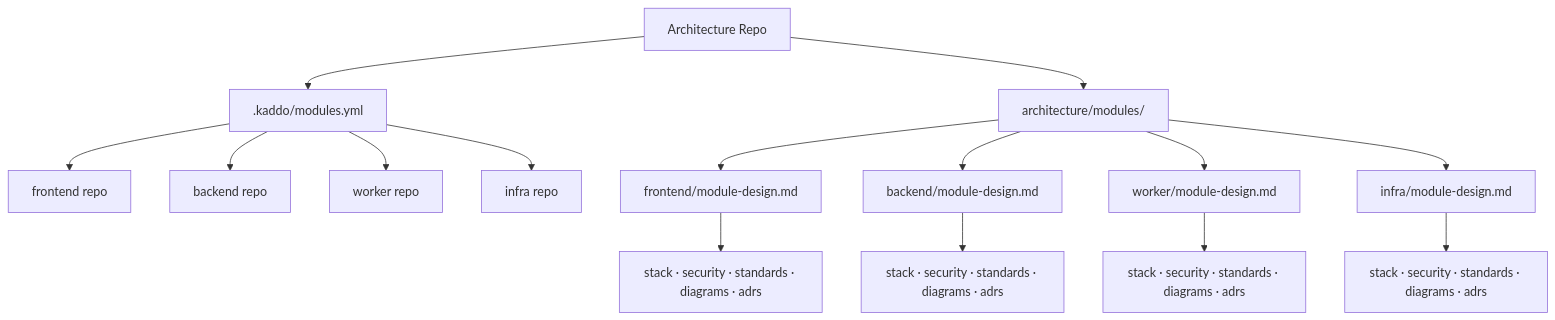
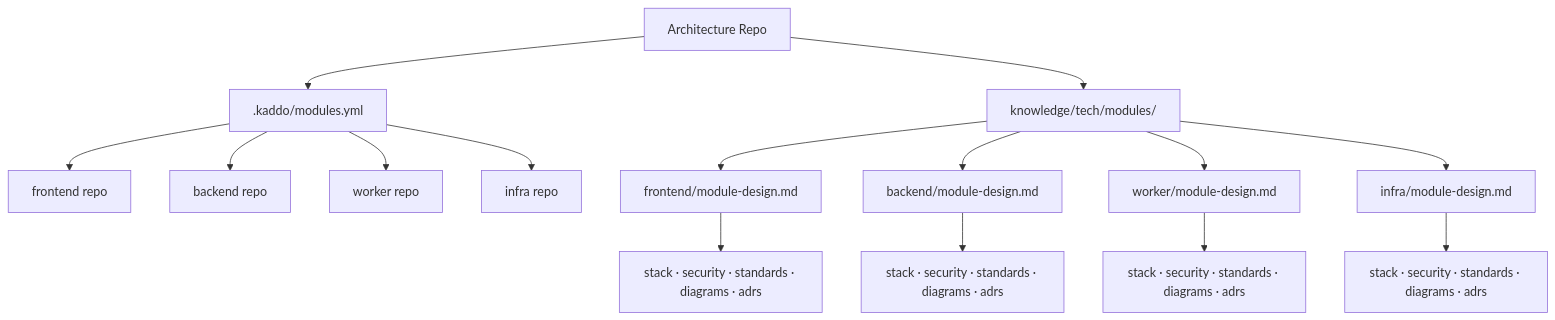
One commit to Kaddo-kdd/kaddo changed the seventh of 10 diagrams in apps/docs/src/content/docs/visual-guide.md. Above: the diagram before and after it, drawn with Mermaid. The commit also changed other lines of this file and 105 other files, not shown here.

````diff
--- a/apps/docs/src/content/docs/visual-guide.md
+++ b/apps/docs/src/content/docs/visual-guide.md
@@ -176,17 +195,17 @@
 ```mermaid
 flowchart TD
     A[Architecture Repo] --> B[.kaddo/modules.yml]
-    A --> C[architecture/modules/]
+    A --> C[knowledge/tech/modules/]
     B --> D[frontend repo]
     B --> E[backend repo]
     B --> F[worker repo]
     B --> G[infra repo]
     C --> H[frontend/module-design.md]
     C --> I[backend/module-design.md]
     C --> J[worker/module-design.md]
     C --> K[infra/module-design.md]
     H --> H1["stack · security · standards · diagrams · adrs"]
     I --> I1["stack · security · standards · diagrams · adrs"]
     J --> J1["stack · security · standards · diagrams · adrs"]
     K --> K1["stack · security · standards · diagrams · adrs"]
 ```
````
